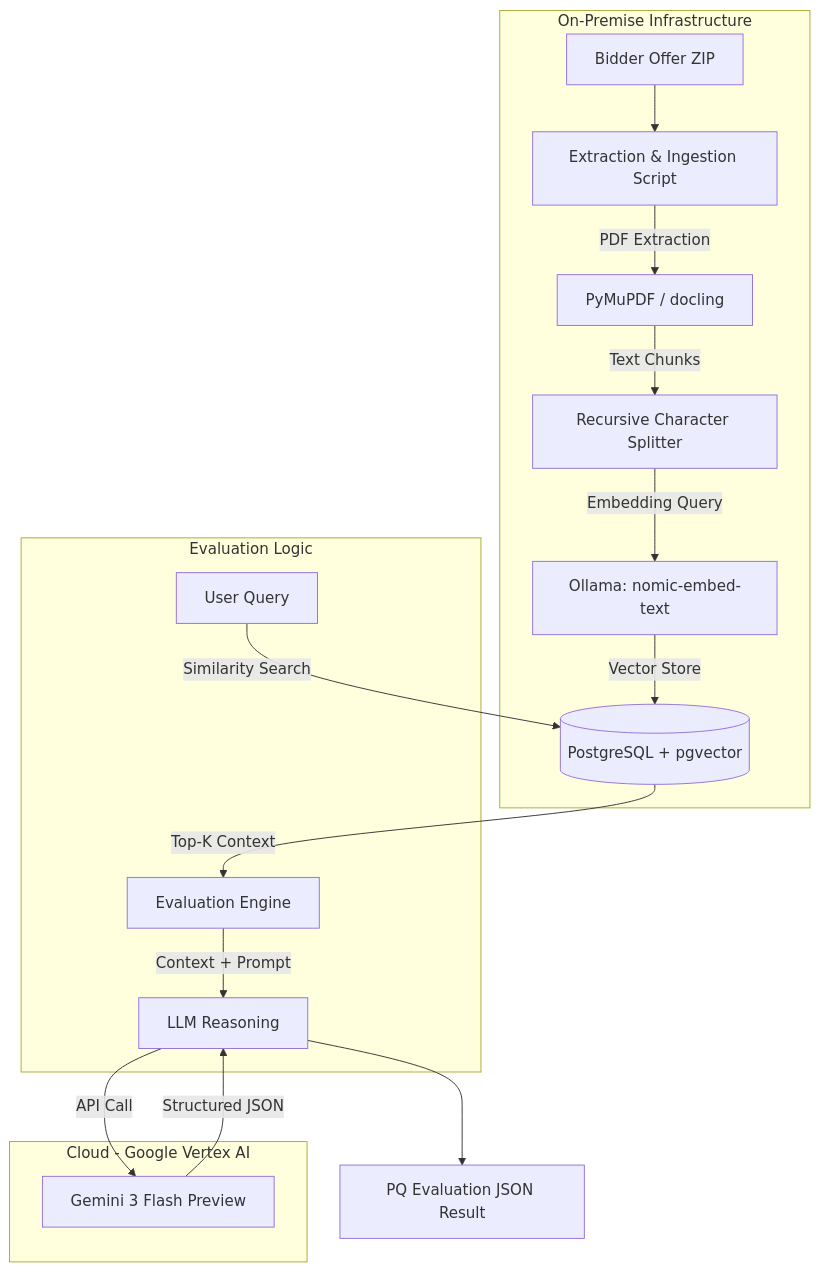
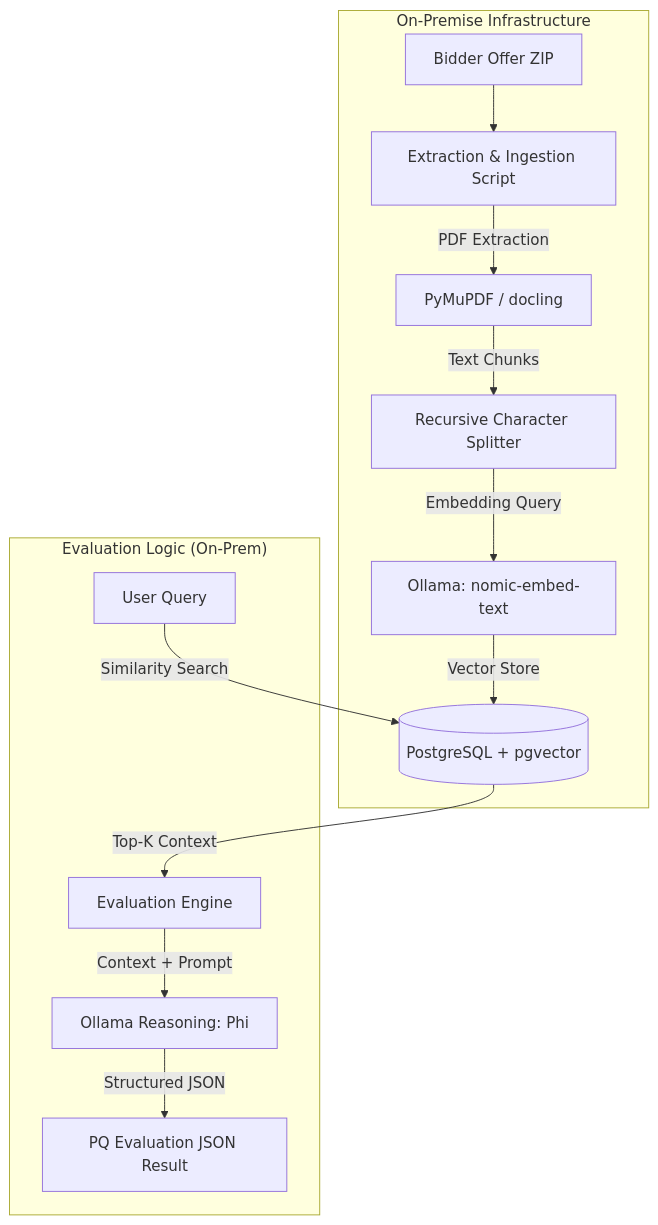
One commit to Pradeep20056/Ragbased-chat--system changed the diagram in system_architecture.md. Above: the diagram before and after it, drawn with Mermaid. The commit also changed other lines of this file and 3 other files, not shown here.

````diff
--- a/system_architecture.md
+++ b/system_architecture.md
@@ -11,23 +11,17 @@
 ```mermaid
 graph TD
     subgraph "On-Premise Infrastructure"
         A[Bidder Offer ZIP] --> B[Extraction & Ingestion Script]
         B -->|PDF Extraction| C[PyMuPDF / docling]
         C -->|Text Chunks| D[Recursive Character Splitter]
         D -->|Embedding Query| E[Ollama: nomic-embed-text]
         E -->|Vector Store| F[(PostgreSQL + pgvector)]
     end
 
-    subgraph "Evaluation Logic"
+    subgraph "Evaluation Logic (On-Prem)"
         G[User Query] -->|Similarity Search| F
         F -->|Top-K Context| H[Evaluation Engine]
-        H -->|Context + Prompt| I[LLM Reasoning]
+        H -->|Context + Prompt| I[Ollama Reasoning: Phi]
+        I -->|Structured JSON| K[PQ Evaluation JSON Result]
     end
-
-    subgraph "Cloud - Google Vertex AI"
-        I -->|API Call| J[Gemini 3 Flash Preview]
-        J -->|Structured JSON| I
-    end
-
-    I --> K[PQ Evaluation JSON Result]
 ```
````
